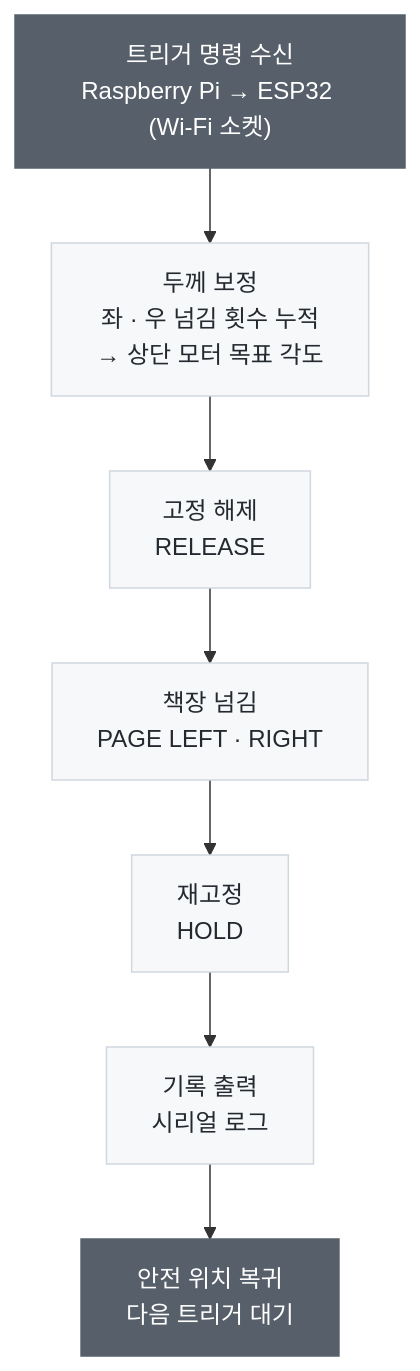
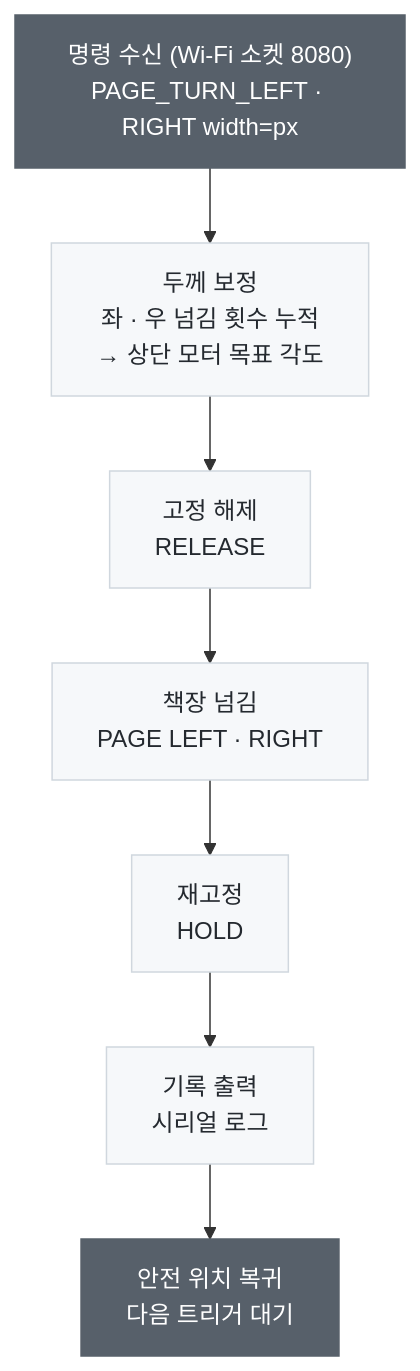
One commit to YOOBIN-AN/gaze-page-turner changed the first of 3 diagrams in page-actuator/README.md. Above: the diagram before and after it, drawn with Mermaid. The commit also changed other lines of this file and 32 other files, not shown here.

````diff
--- a/page-actuator/README.md
+++ b/page-actuator/README.md
@@ -83,14 +91,14 @@
 ```mermaid
 flowchart TD
-    T["트리거 명령 수신<br/>Raspberry Pi → ESP32 (Wi-Fi 소켓)"] --> C["두께 보정<br/>좌 · 우 넘김 횟수 누적<br/>→ 상단 모터 목표 각도"]
+    T["명령 수신 (Wi-Fi 소켓 8080)<br/>PAGE_TURN_LEFT · RIGHT width=px"] --> C["두께 보정<br/>좌 · 우 넘김 횟수 누적<br/>→ 상단 모터 목표 각도"]
     C --> R["고정 해제<br/>RELEASE"]
     R --> P["책장 넘김<br/>PAGE LEFT · RIGHT"]
     P --> H["재고정<br/>HOLD"]
     H --> L["기록 출력<br/>시리얼 로그"]
     L --> W["안전 위치 복귀<br/>다음 트리거 대기"]
 
     classDef io fill:#57606a,stroke:#57606a,color:#fff
     classDef step fill:#f6f8fa,stroke:#d0d7de,color:#24292f
     class T,W io
     class C,R,P,H,L step
 ```
````
